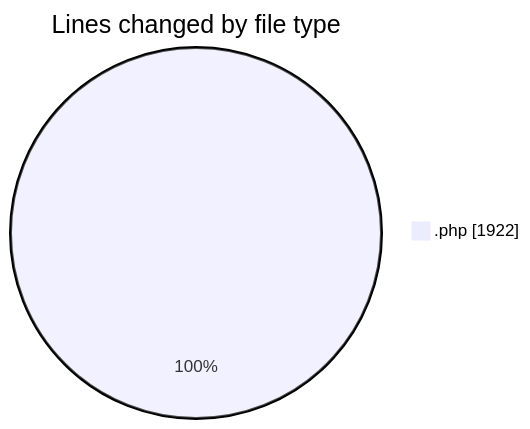
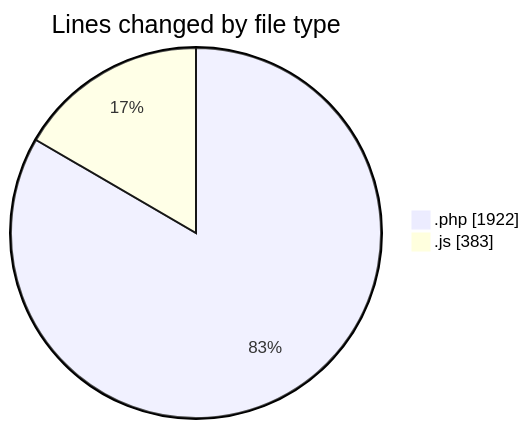
The first of 2 diagrams in 2026-07-13/wp-content/README.md (debugP/code-tracking), drawn with Mermaid before and after one commit. The commit also changed other lines of this file and 1 other file, not shown here.

````diff
--- a/2026-07-13/wp-content/README.md
+++ b/2026-07-13/wp-content/README.md
@@ -20,5 +21,6 @@
 ```mermaid
 pie showData
 title Lines changed by file type
 ".php" : 1922
+".js" : 383
 ```
````
